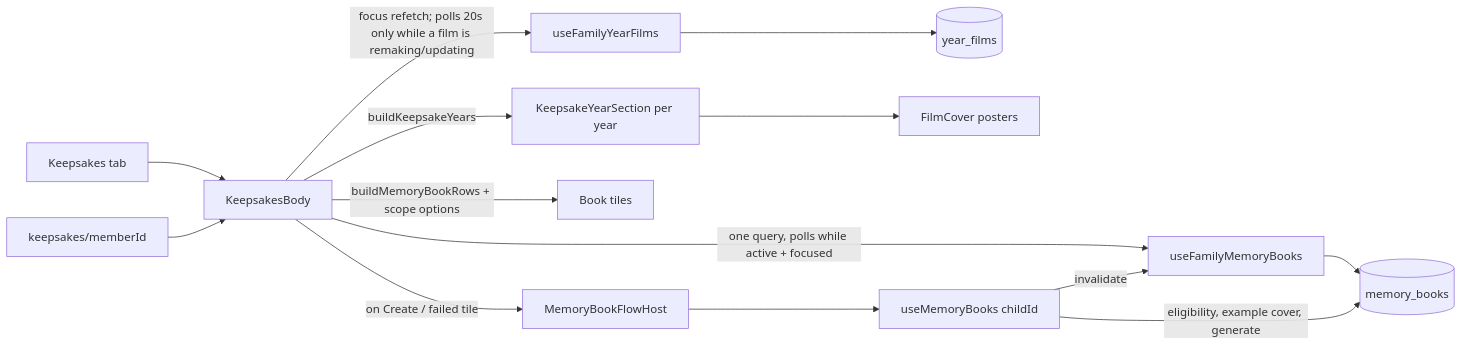
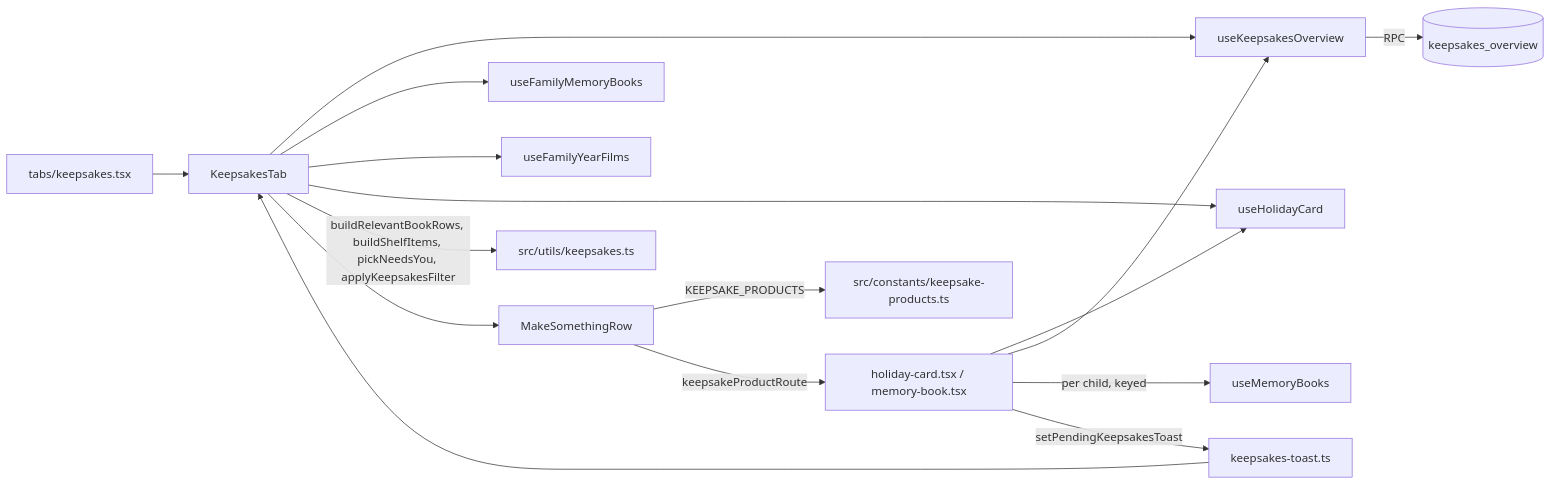
Before and after one commit to eduardoyi/newmomora: the diagram in docs/features/keepsakes.md, drawn with Mermaid. The commit also changed other lines of this file and 80 other files, not shown here.

First line of the commit message:
Keepsakes tab redesign: storefront, year shelves, next-up recap progress

````diff
--- a/docs/features/keepsakes.md
+++ b/docs/features/keepsakes.md
@@ -124,16 +278,18 @@
 ```mermaid
 flowchart LR
-  Tab[Keepsakes tab] --> Body[KeepsakesBody]
-  Route[keepsakes/memberId] --> Body
-  Body -->|one query, polls while active + focused| Fam[useFamilyMemoryBooks]
-  Fam --> DB[(memory_books)]
-  Body -->|focus refetch; polls 20s only while a film is remaking/updating| Films[useFamilyYearFilms]
-  Films --> FDB[(year_films)]
-  Body -->|buildKeepsakeYears| Years[KeepsakeYearSection per year]
-  Years --> Covers[FilmCover posters]
-  Body -->|buildMemoryBookRows + scope options| Shelves[Book tiles]
-  Body -->|on Create / failed tile| Host[MemoryBookFlowHost]
-  Host --> Hook[useMemoryBooks childId]
-  Hook -->|eligibility, example cover, generate| DB
-  Hook -->|invalidate| Fam
+  Screen[tabs/keepsakes.tsx] --> Tab[KeepsakesTab]
+  Tab --> Ov[useKeepsakesOverview]
+  Ov -->|RPC| RPC[(keepsakes_overview)]
+  Tab --> Fam[useFamilyMemoryBooks]
+  Tab --> Films[useFamilyYearFilms]
+  Tab --> HC[useHolidayCard]
+  Tab -->|buildRelevantBookRows, buildShelfItems, pickNeedsYou, applyKeepsakesFilter| U[src/utils/keepsakes.ts]
+  Tab --> Store[MakeSomethingRow]
+  Store -->|KEEPSAKE_PRODUCTS| Reg[src/constants/keepsake-products.ts]
+  Store -->|keepsakeProductRoute| Pages[holiday-card.tsx / memory-book.tsx]
+  Pages --> HC
+  Pages --> Ov
+  Pages -->|per child, keyed| MB[useMemoryBooks]
+  Pages -->|setPendingKeepsakesToast| Toast[keepsakes-toast.ts]
+  Toast --> Tab
 ```
````
